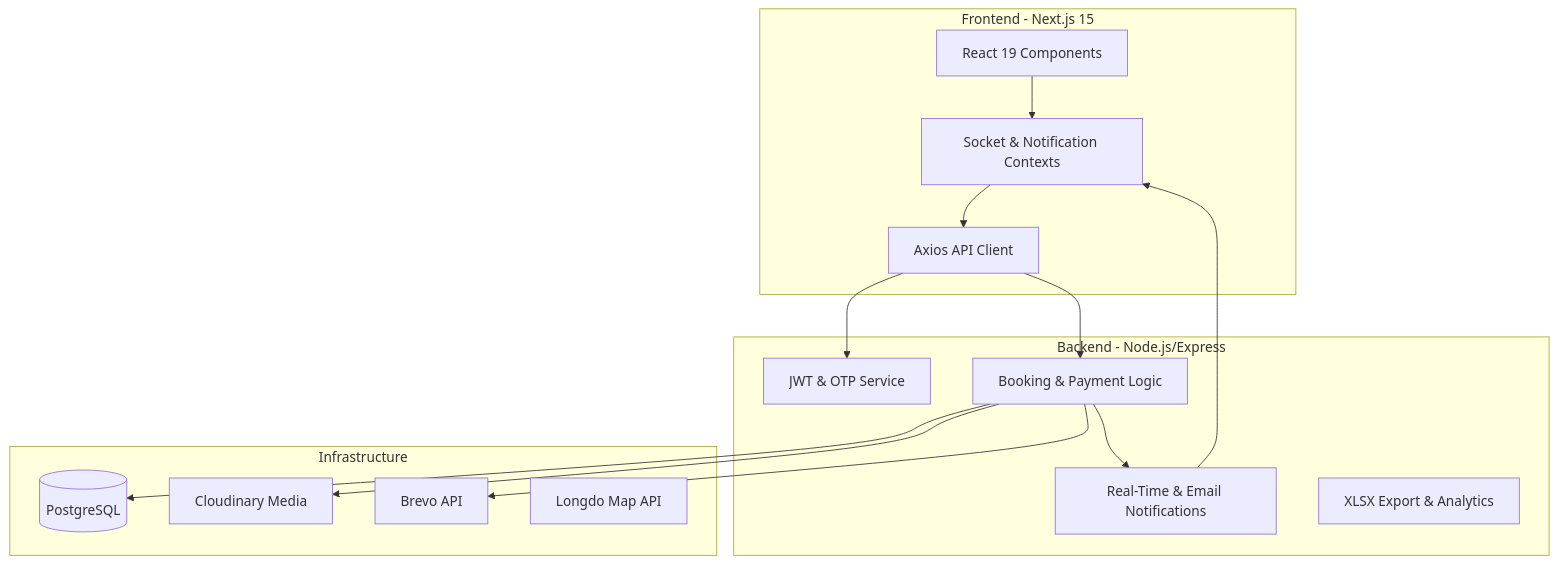
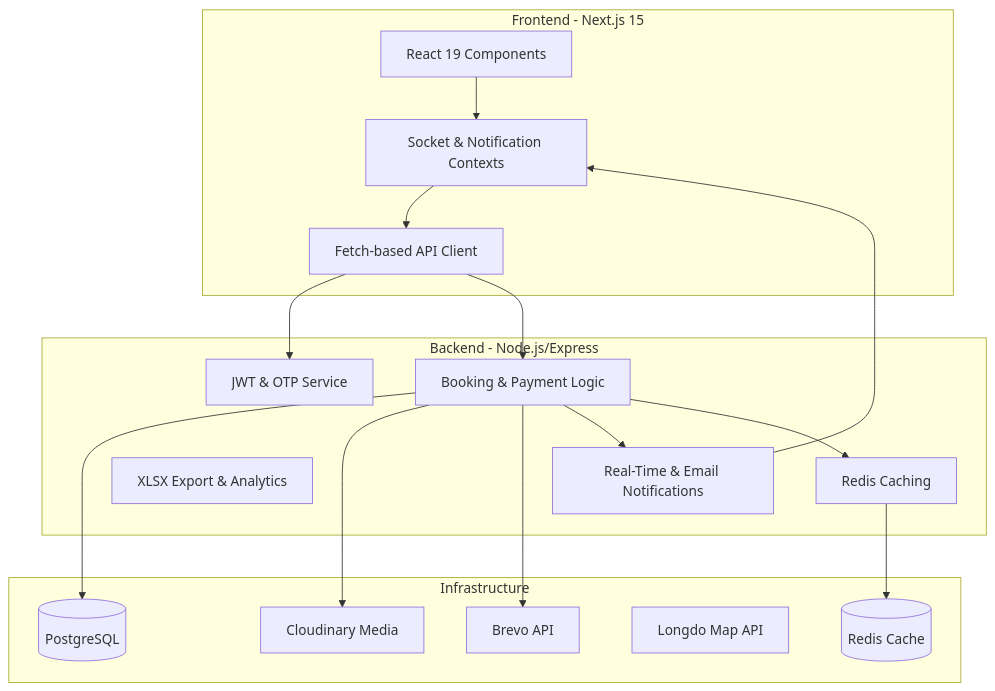
The diagram in README.md (narawit101/sport-hub), drawn with Mermaid before and after one commit. The commit also changed other lines of this file and 3 other files, not shown here.

````diff
--- a/README.md
+++ b/README.md
@@ -17,32 +19,36 @@
 ```mermaid
 graph TD
     subgraph Client_Layer [Frontend - Next.js 15]
         UI[React 19 Components]
         Context[Socket & Notification Contexts]
-        ClientAPI[Axios API Client]
+        ClientAPI[Fetch-based API Client]
     end
 
     subgraph API_Layer [Backend - Node.js/Express]
         Auth[JWT & OTP Service]
         Booking[Booking & Payment Logic]
         Notify[Real-Time & Email Notifications]
         Stats[XLSX Export & Analytics]
+        Cache[Redis Caching]
     end
 
     subgraph Data_Layer [Infrastructure]
         DB[(PostgreSQL)]
         Cloud[Cloudinary Media]
         Email[Brevo API]
         Maps[Longdo Map API]
+        Redis[(Redis Cache)]
     end
 
     UI --> Context
     Context --> ClientAPI
     ClientAPI --> Auth
     ClientAPI --> Booking
     Booking --> DB
     Booking --> Cloud
     Booking --> Email
     Booking --> Notify
+    Booking --> Cache
+    Cache --> Redis
     Notify --> Context
 ```
````
